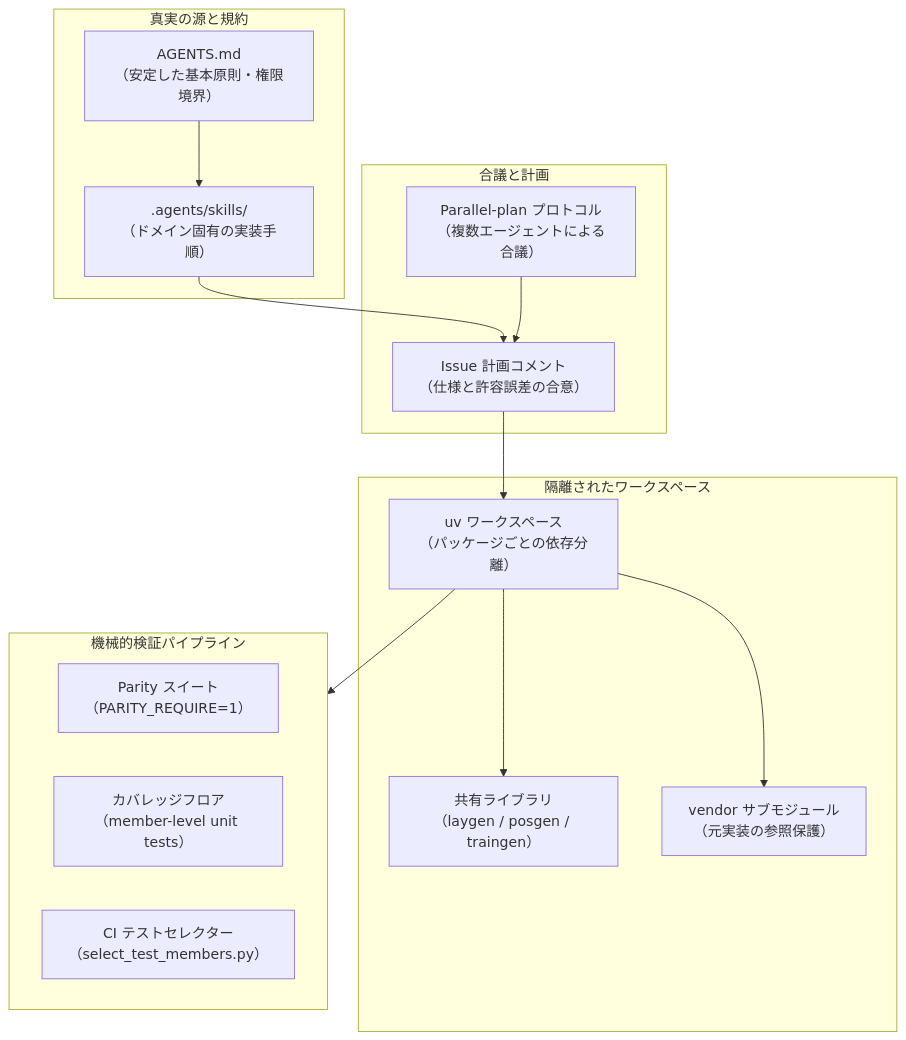
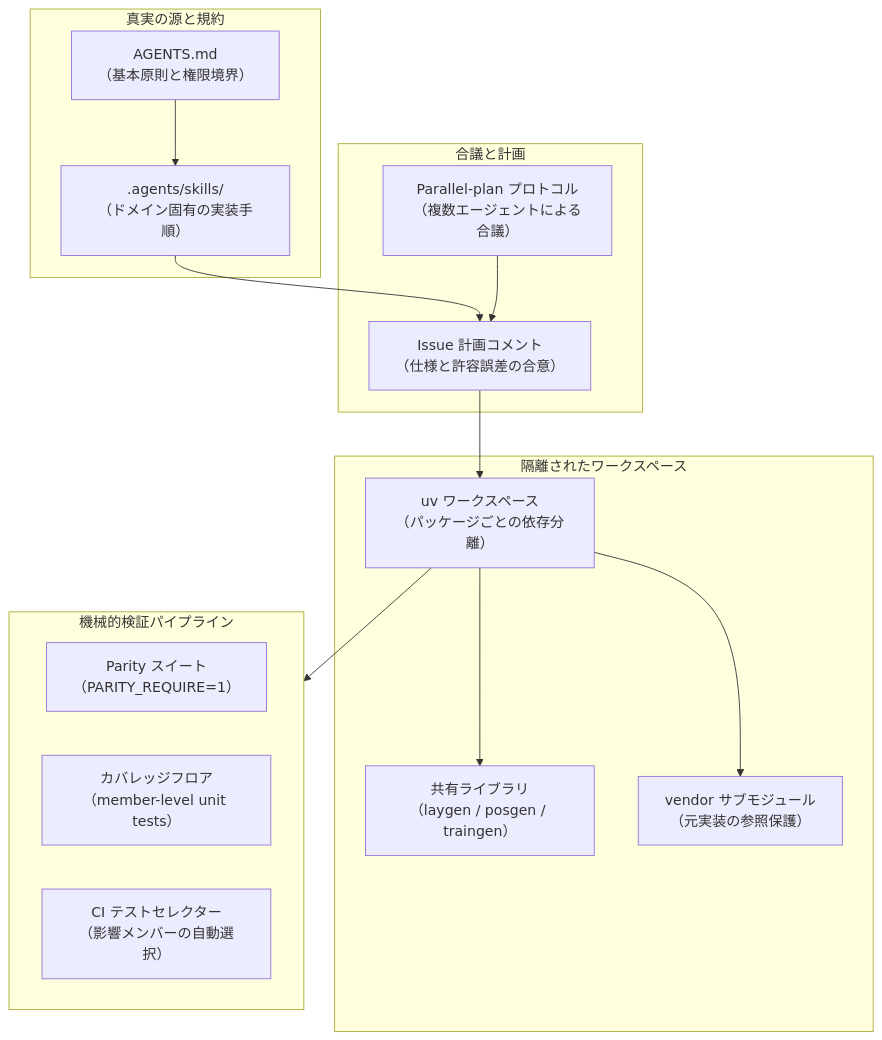
Before and after one commit to shunk031/zenn-contents: the first of 3 diagrams in articles/design-generators-harness.md, drawn with Mermaid. The commit also changed other lines of this file, not shown here.

````diff
--- a/articles/design-generators-harness.md
+++ b/articles/design-generators-harness.md
@@ -61,32 +65,32 @@
 ```mermaid
 flowchart TD
     subgraph Governance["真実の源と規約"]
-        AgentsMD["AGENTS.md\n（安定した基本原則・権限境界）"]
+        AgentsMD["AGENTS.md\n（基本原則と権限境界）"]
         Skills[".agents/skills/\n（ドメイン固有の実装手順）"]
     end
 
     subgraph Planning["合議と計画"]
         ParallelPlan["Parallel-plan プロトコル\n（複数エージェントによる合議）"]
         IssuePlan["Issue 計画コメント\n（仕様と許容誤差の合意）"]
     end
 
     subgraph WorkspaceStructure["隔離されたワークスペース"]
         UV["uv ワークスペース\n（パッケージごとの依存分離）"]
         SharedLib["共有ライブラリ\n（laygen / posgen / traingen）"]
         VendorSub["vendor サブモジュール\n（元実装の参照保護）"]
     end
 
     subgraph Verification["機械的検証パイプライン"]
         ParitySuite["Parity スイート\n（PARITY_REQUIRE=1）"]
         Coverage["カバレッジフロア\n（member-level unit tests）"]
-        CISelector["CI テストセレクター\n（select_test_members.py）"]
+        CISelector["CI テストセレクター\n（影響メンバーの自動選択）"]
     end
 
     AgentsMD --> Skills
     Skills --> IssuePlan
     ParallelPlan --> IssuePlan
     IssuePlan --> UV
     UV --> SharedLib
     UV --> VendorSub
     UV --> Verification
 ```
````
